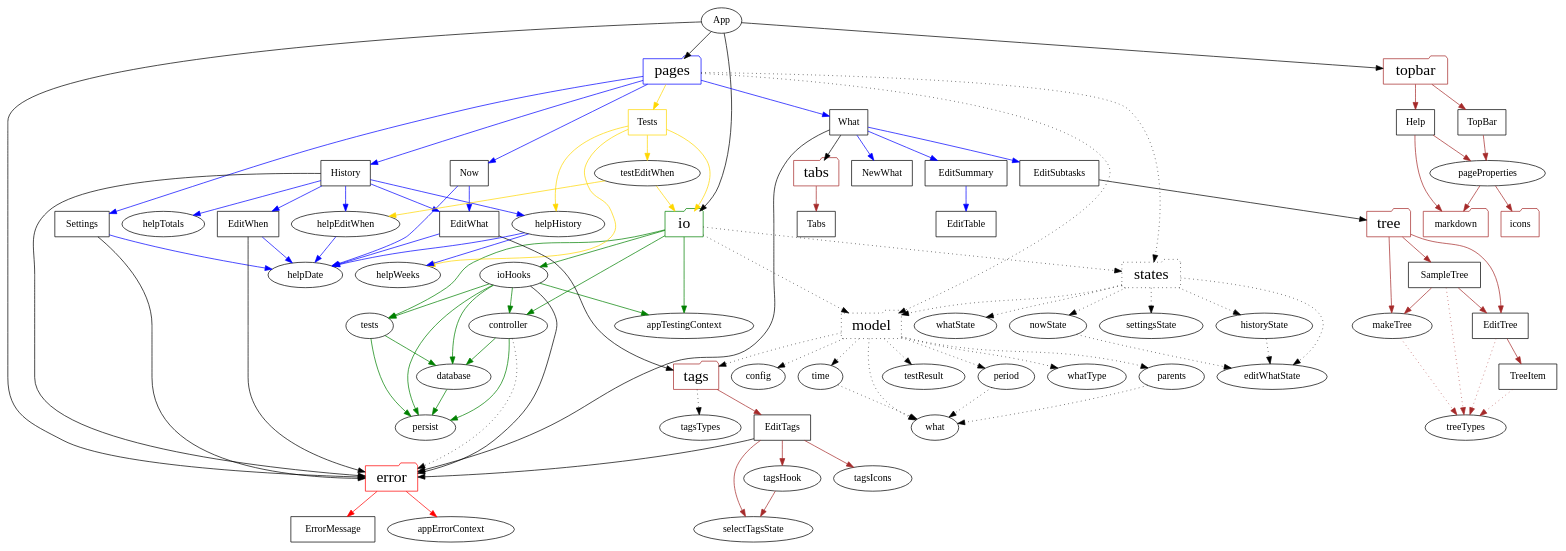
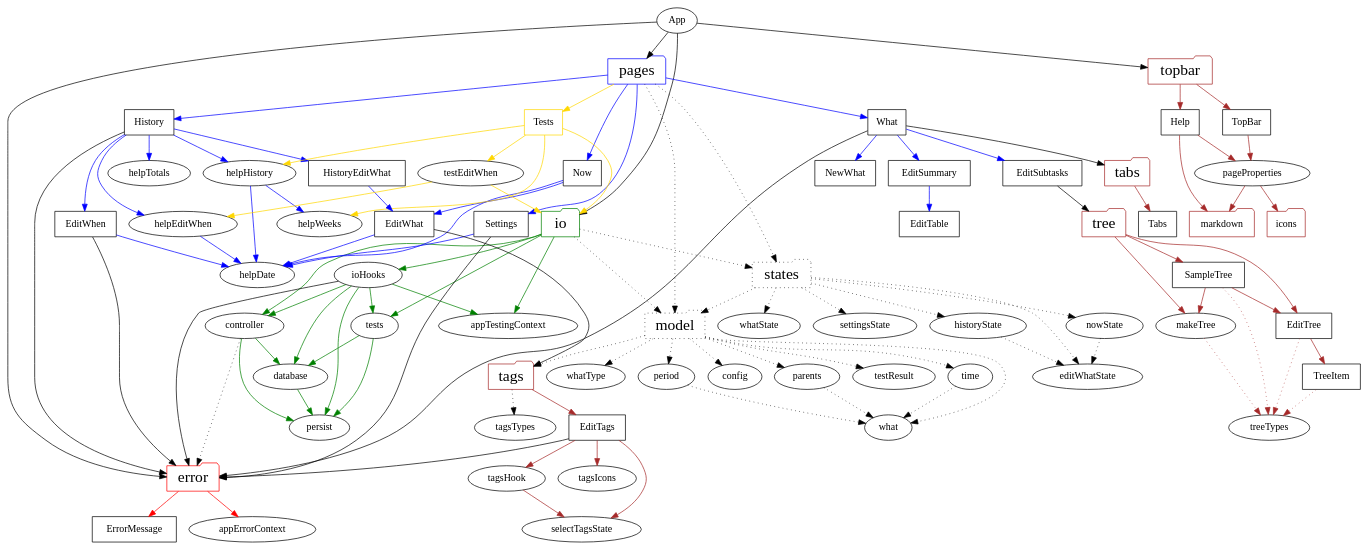
Before and after one commit to cwellsx/time: the diagram in dependencies/dependencies.dot, drawn with Graphviz. The commit also changed 8 other files, not shown here.

Commit message:
Don't rerender history when editing text

```diff
--- a/dependencies/dependencies.dot
+++ b/dependencies/dependencies.dot
@@ -1,113 +1,115 @@
 digraph SRC {
   "App" -> {"error" "io" "pages" "topbar"};
 
   "error" [shape=folder, color=red, fontsize="22pt"];
   "io" [shape=folder, color=green, fontsize="22pt"];
   "model" [shape=folder, fontsize="22pt"] [style=dotted];
   "pages" [shape=folder, color=blue, fontsize="22pt"];
   "states" [shape=folder, fontsize="22pt"] [style=dotted];
   "tabs" [shape=folder, color=brown, fontsize="22pt"];
   "tags" [shape=folder, color=brown, fontsize="22pt"];
   "topbar" [shape=folder, color=brown, fontsize="22pt"];
   "tree" [shape=folder, color=brown, fontsize="22pt"];
   "icons" [shape=folder, color=brown];
   "markdown" [shape=folder, color=brown];
   
   "error" -> {"ErrorMessage" "appErrorContext"} [color=red];
   "ErrorMessage" [shape=rect];
   "ErrorMessage" -> {};
   "appErrorContext" -> {};
 
   "io" -> {"controller" "ioHooks" "tests" "appTestingContext"} [color=green];
   "io" -> {"model" "states"} [style=dotted];
   "controller" -> {"persist" "database"} [color=green];
   "controller" -> {"error"} [style=dotted];
   "database" -> {"persist"} [color=green];
   "ioHooks" -> {"controller" "database" "persist" "tests" "appTestingContext"} [color=green];
   "ioHooks" -> {"error"};
   "tests" -> {"database" "persist"} [color=green];
   "persist" -> {}
   "appTestingContext" -> {};
 
   "model" -> {"config" "period" "testResult" "parents" "time" "tags" "whatType" "what"} [style=dotted];
   "config" -> {} [style=dotted];
   "period" -> {"what"} [style=dotted];
   "testResult" -> {} [style=dotted];
   "time" -> {"what"} [style=dotted];
   "parents" -> {"what"} [style=dotted];
   "what" -> {} [style=dotted];
   "whatType" -> {} [style=dotted];
 
   "pages" -> {"Now" "What" "History" "Settings"} [color=blue];
   "pages" -> {"Tests"} [color=gold];
   "Now" [shape=rect];
   "What" [shape=rect];
   "History" [shape=rect];
   "Settings" [shape=rect];
   "Tests" [shape=rect] [color=gold];
+  "HistoryEditWhat" [shape=rect];
   "EditWhat" [shape=rect];
   "EditWhen" [shape=rect];
   "EditTable" [shape=rect];
   "EditSummary" [shape=rect];
   "EditSubtasks" [shape=rect];
   "NewWhat" [shape=rect];
   "pages" -> {"model" "states"} [style=dotted];
   "helpDate" -> {};
   "helpWeeks" -> {};
   "helpTotals" -> {};
   "Now" -> {"helpDate" "EditWhat"} [color=blue];
   "What" -> {"tabs" "error"};
   "What" -> {"NewWhat" "EditSummary" "EditSubtasks"} [color=blue];
   "EditSummary" -> {"EditTable"} [color=blue];
   "EditSubtasks" -> {"tree"};
-  "History" -> {"helpHistory" "helpTotals" "EditWhat" "EditWhen" "helpEditWhen"} [color=blue];
+  "History" -> {"helpHistory" "helpTotals" "HistoryEditWhat" "EditWhen" "helpEditWhen"} [color=blue];
+  "HistoryEditWhat" -> {"EditWhat"} [color=blue];
   "History" -> {"error"};
   "Settings" -> {"helpDate"} [color=blue];
   "Settings" -> {"error"};
   "Tests" -> {"testEditWhen" "helpWeeks" "helpHistory" "io"} [color=gold];
   "helpHistory" -> {"helpWeeks" "helpDate"} [color=blue];
   "testEditWhen" -> {"helpEditWhen" "io"} [color=gold];
   "helpEditWhen" -> {"helpDate"} [color=blue];
   "EditWhat" -> {"helpDate"} [color=blue]
   "EditWhat" -> {"tags"};
   "EditWhen" -> {"helpDate"} [color=blue]
   "EditWhen" -> {"error"}
 
   "states" -> {"nowState" "whatState" "historyState" "settingsState" "editWhatState" "model"} [style=dotted];
   "nowState" -> {"editWhatState"} [style=dotted];
   "whatState" -> {} [style=dotted];
   "historyState" -> {"editWhatState"} [style=dotted];
   "settingsState" -> {} [style=dotted];
   "editWhatState" -> {} [style=dotted];
 
   "tabs" -> {"Tabs"} [color=brown];
   "Tabs" [shape=rect];
   "Tabs" -> {};
 
   "tree" -> {"EditTree" "SampleTree" "makeTree"} [color=brown];
   "EditTree" [shape=rect];
   "SampleTree" [shape=rect];
   "TreeItem" [shape=rect];
   "EditTree" -> {"treeTypes"} [style=dotted, color=brown];
   "EditTree" -> {"TreeItem"} [color=brown];
   "TreeItem" -> {"treeTypes"} [style=dotted, color=brown];
   "SampleTree" -> {"EditTree" "makeTree"} [color=brown];
   "SampleTree" -> {"treeTypes"} [style=dotted, color=brown];
   "makeTree" -> {"treeTypes"} [style=dotted, color=brown];
 
   "tags" -> {"EditTags"} [color=brown];
   "tags" -> {"tagsTypes"} [style=dotted];
   "EditTags" [shape=rect];
   "EditTags" -> {"selectTagsState" "tagsHook" "tagsIcons"} [color=brown];
   "EditTags" -> {"error"};
   "tagsHook" -> {"selectTagsState"} [color=brown];
   "tagsIcons" -> {};
   "tagsTypes" -> {} [style=dotted, color=brown];
 
   "topbar" -> {"TopBar" "Help"} [color=brown];
   "TopBar" [shape=rect];
   "Help" [shape=rect];
   "TopBar" -> {"pageProperties"} [color=brown];
   "pageProperties" -> {"markdown" "icons"} [color=brown];
   "Help" -> {"markdown" "pageProperties"} [color=brown];
 }
```
